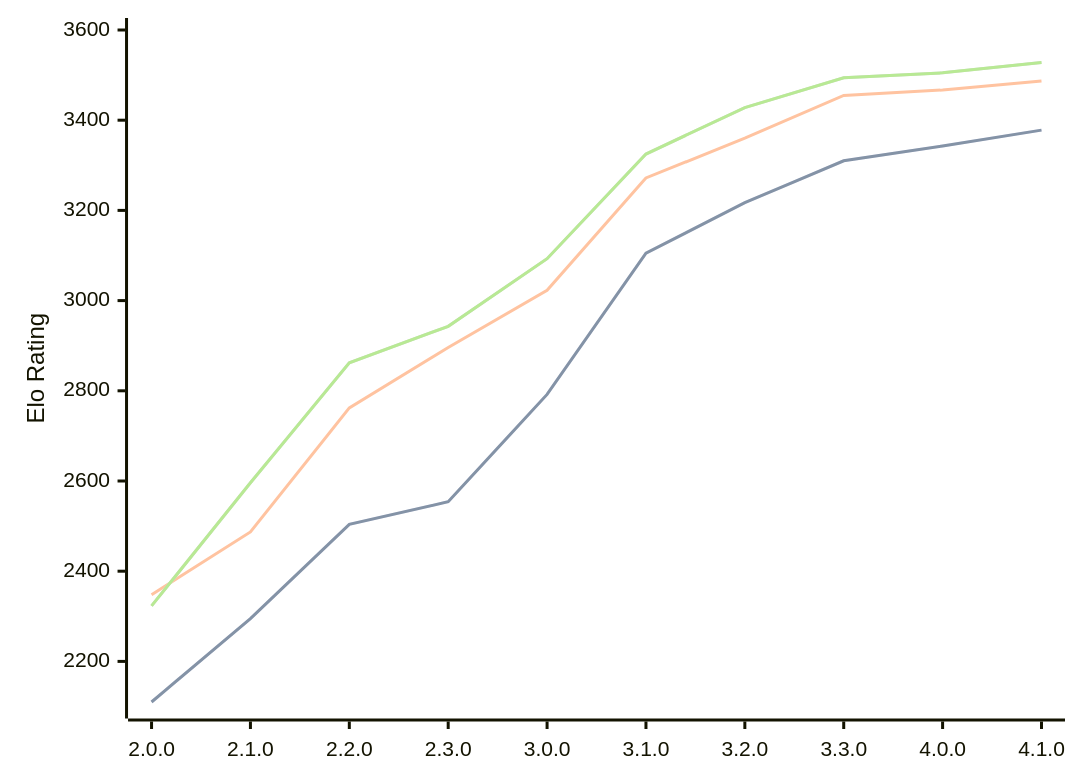
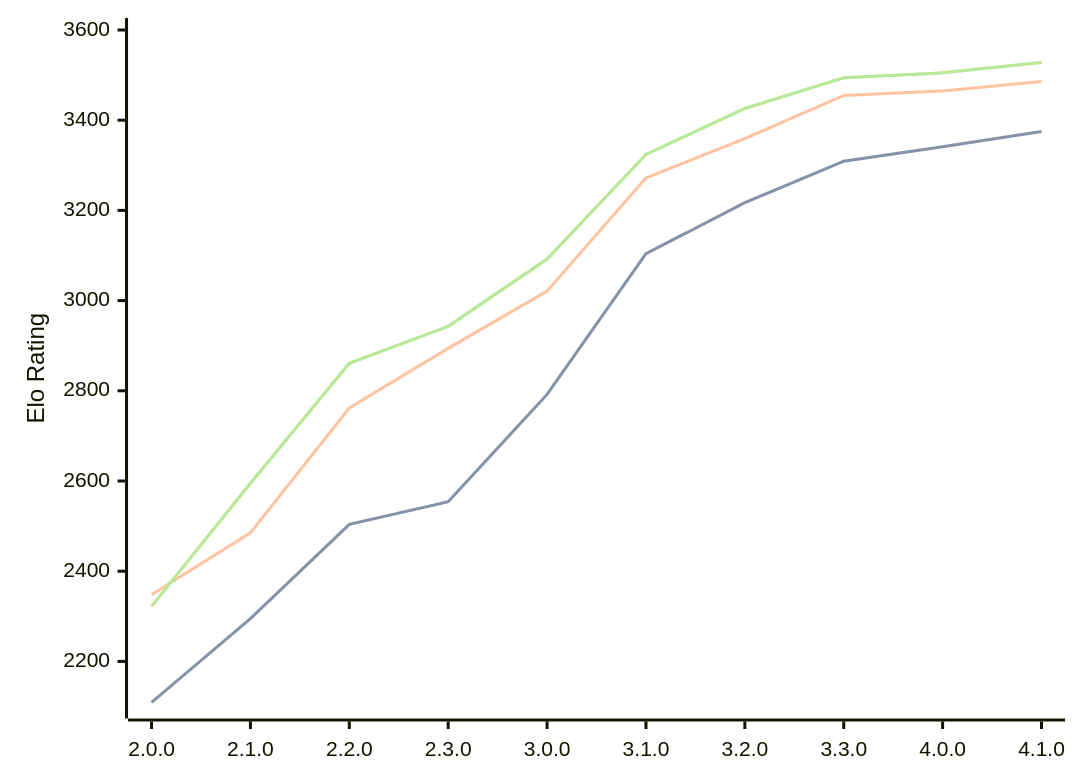
One commit to computer-chess-index/cci changed the first of 3 diagrams in engines/Raphael.md. Above: the diagram before and after it, drawn with Mermaid. The commit also changed other lines of this file, not shown here.

Commit message:
Update CCI Ratings (ELO VLTC) - 2026-06-27

````diff
--- a/engines/Raphael.md
+++ b/engines/Raphael.md
@@ -52,11 +52,11 @@
 ```mermaid
 %%{init: {"theme":"base","themeVariables":{"seriesColors:['#a3a3a3','#222221','#faa371']}}}%%
 xychart-beta
   x-axis ["2.0.0", "2.1.0", "2.2.0", "2.3.0", "3.0.0", "3.1.0", "3.2.0", "3.3.0", "4.0.0", "4.1.0"]
   y-axis "Elo Rating" 2100 --> 3600
-  line "STC (8.0+0.08s)" [2110, 2295, 2504, 2554, 2792, 3105, 3217, 3310, 3343, 3378]
-  line "STC (8.0+0.08s)" [2110, 2295, 2504, 2554, 2792, 3105, 3217, 3310, 3343, 3378]
-  line "LTC (60.0+0.60s)" [2348, 2487, 2762, 2896, 3023, 3272, 3360, 3455, 3467, 3487]
-  line "VLTC (2m24s+1.12s)" [2323, 2596, 2862, 2943, 3093, 3325, 3428, 3494, 3505, 3528]
-  line "VLTC (2m24s+1.12s)" [2323, 2596, 2862, 2943, 3093, 3325, 3428, 3494, 3505, 3528]
+  line "STC (8.0+0.08s)" [2109, 2295, 2504, 2554, 2792, 3104, 3217, 3309, 3341, 3375]
+  line "STC (8.0+0.08s)" [2109, 2295, 2504, 2554, 2792, 3104, 3217, 3309, 3341, 3375]
+  line "LTC (60.0+0.60s)" [2348, 2485, 2762, 2894, 3021, 3272, 3359, 3455, 3465, 3486]
+  line "VLTC (2m24s+1.12s)" [2322, 2595, 2861, 2943, 3092, 3324, 3426, 3494, 3505, 3528]
+  line "VLTC (2m24s+1.12s)" [2322, 2595, 2861, 2943, 3092, 3324, 3426, 3494, 3505, 3528]
 ```
````
